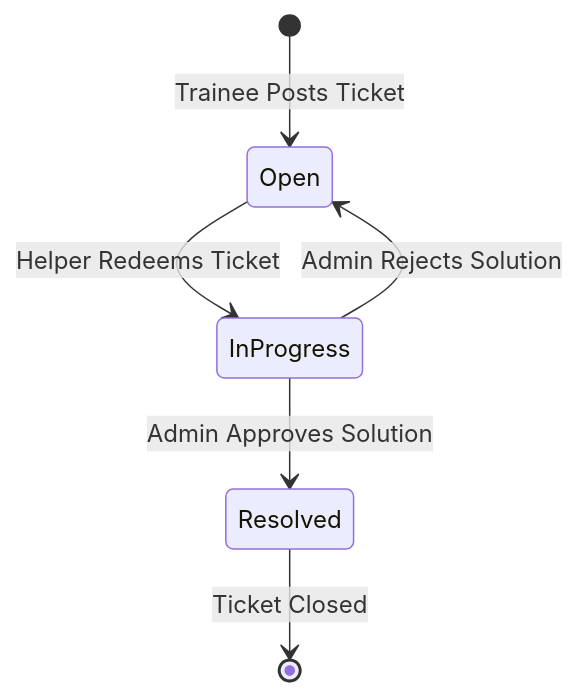
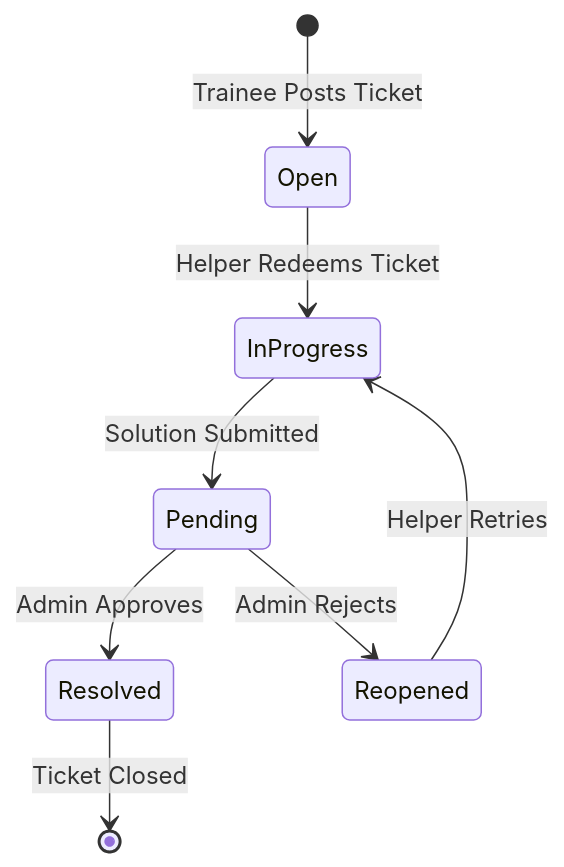
The second of 2 diagrams in document/DB_SCHEMA.md (viralisarvadhi/knowledge-backend-), drawn with Mermaid before and after one commit. The commit also changed other lines of this file and 3 other files, not shown here.

````diff
--- a/document/DB_SCHEMA.md
+++ b/document/DB_SCHEMA.md
@@ -51,8 +59,10 @@
 ```mermaid
 stateDiagram-v2
     [*] --> Open: Trainee Posts Ticket
     Open --> InProgress: Helper Redeems Ticket
-    InProgress --> Resolved: Admin Approves Solution
-    InProgress --> Open: Admin Rejects Solution
+    InProgress --> Pending: Solution Submitted
+    Pending --> Resolved: Admin Approves
+    Pending --> Reopened: Admin Rejects
+    Reopened --> InProgress: Helper Retries
     Resolved --> [*]: Ticket Closed
 ```
````
